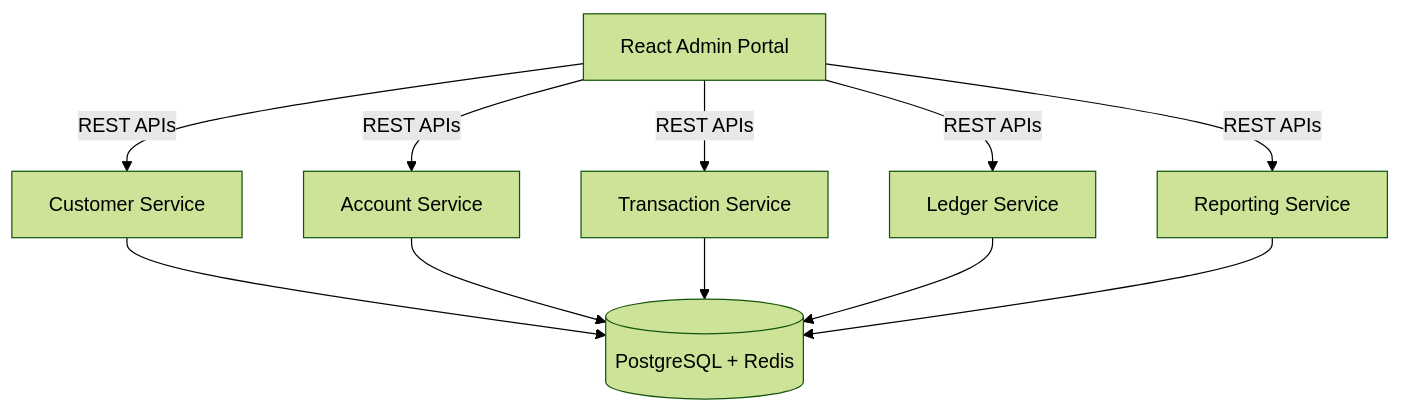
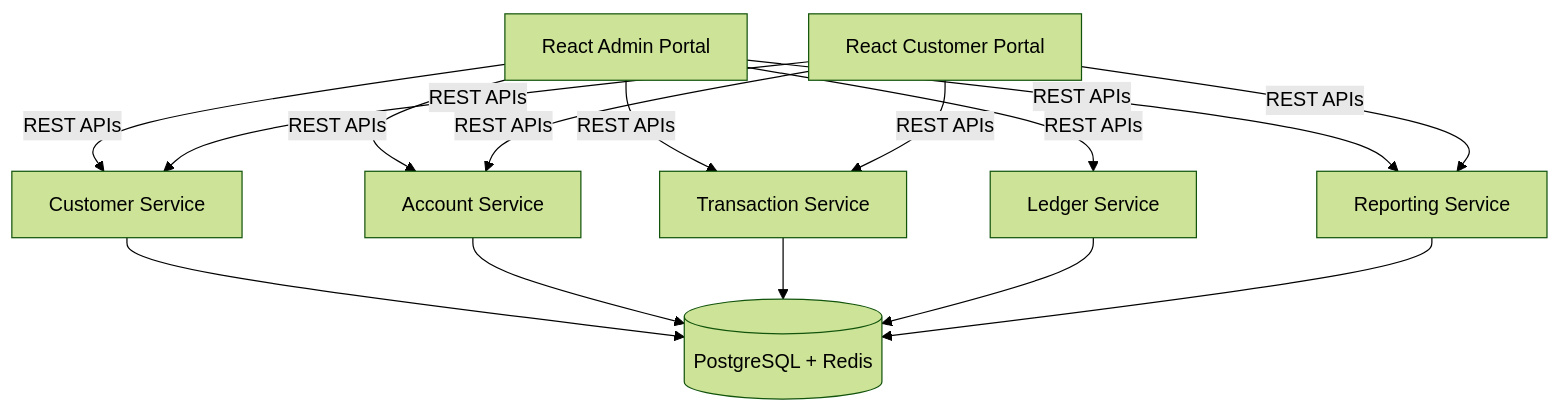
The diagram in projects-v2/ledger-x/AGENT.md (abhishekghoshh/spring-boot-helper), drawn with Mermaid (forest theme) before and after one commit. The commit also changed other lines of this file and 1222 other files, not shown here.

````diff
--- a/projects-v2/ledger-x/AGENT.md
+++ b/projects-v2/ledger-x/AGENT.md
@@ -160,14 +193,19 @@
 ```mermaid
 flowchart TD
-    UI[React Admin Portal] -->|REST APIs| Customer[Customer Service]
-    UI -->|REST APIs| Account[Account Service]
-    UI -->|REST APIs| Transaction[Transaction Service]
-    UI -->|REST APIs| Ledger[Ledger Service]
-    UI -->|REST APIs| Reporting[Reporting Service]
+    AdminUI[React Admin Portal] -->|REST APIs| Customer[Customer Service]
+    AdminUI -->|REST APIs| Account[Account Service]
+    AdminUI -->|REST APIs| Transaction[Transaction Service]
+    AdminUI -->|REST APIs| Ledger[Ledger Service]
+    AdminUI -->|REST APIs| Reporting[Reporting Service]
+
+    CustomerUI[React Customer Portal] -->|REST APIs| Customer
+    CustomerUI -->|REST APIs| Account
+    CustomerUI -->|REST APIs| Transaction
+    CustomerUI -->|REST APIs| Reporting
 
     Customer --> DataStores[(PostgreSQL + Redis)]
     Account --> DataStores
     Transaction --> DataStores
     Ledger --> DataStores
     Reporting --> DataStores
 ```
````
